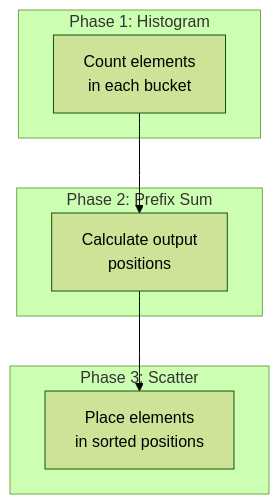
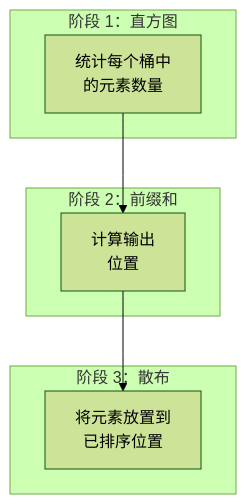
The second of 2 diagrams in docs/algorithm-radix.md (build-workbench/webgpu-sorting), drawn with Mermaid (forest theme) before and after one commit. The commit also changed other lines of this file and 18 other files, not shown here.

````diff
--- a/docs/algorithm-radix.md
+++ b/docs/algorithm-radix.md
@@ -37,16 +37,16 @@
 ```mermaid
 graph TB
-    subgraph Phase1["Phase 1: Histogram"]
-        A[Count elements<br/>in each bucket]
+    subgraph Phase1["阶段 1：直方图"]
+        A[统计每个桶中<br/>的元素数量]
     end
 
-    subgraph Phase2["Phase 2: Prefix Sum"]
-        B[Calculate output<br/>positions]
+    subgraph Phase2["阶段 2：前缀和"]
+        B[计算输出<br/>位置]
     end
 
-    subgraph Phase3["Phase 3: Scatter"]
-        C[Place elements<br/>in sorted positions]
+    subgraph Phase3["阶段 3：散布"]
+        C[将元素放置到<br/>已排序位置]
     end
 
     A --> B --> C
 ```
````
